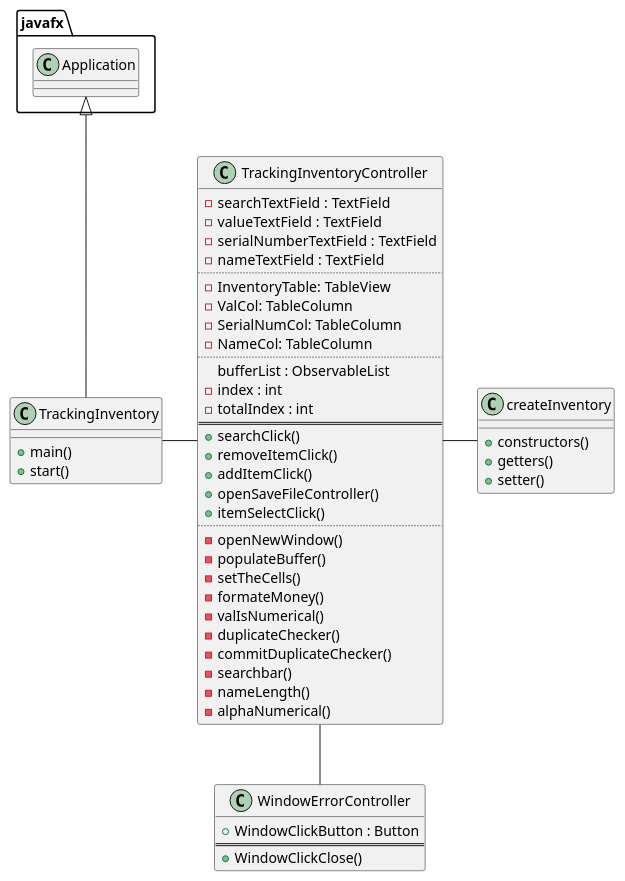
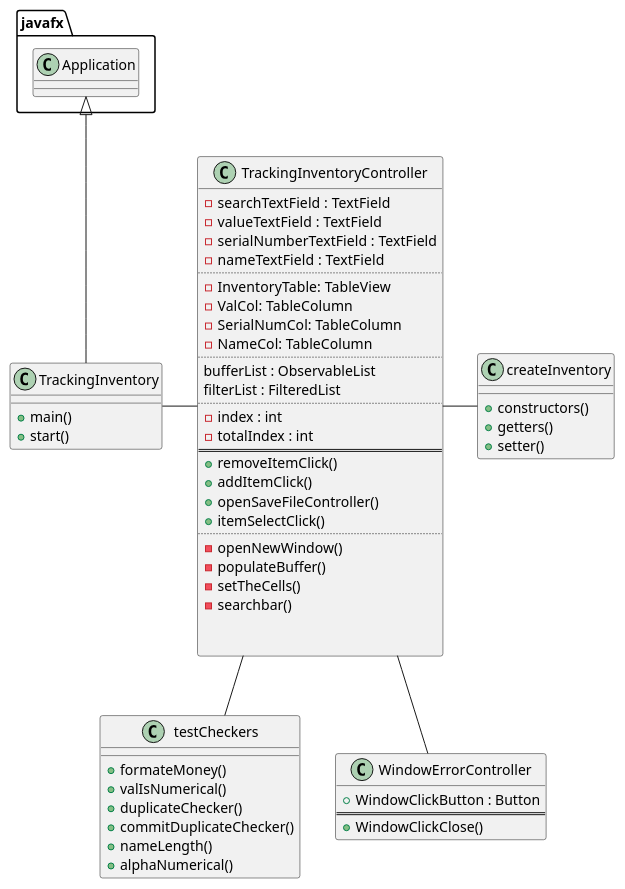
The diagram in uml/TrackingInventory.puml (fshofiquel/Item-Inventory), drawn with PlantUML before and after one commit. The commit also changed 2 other files, not shown here.

Commit message:
Moved all the testting methods to another case to clean up the controller. Updated PlantUML to reflect the change.

```diff
--- a/uml/TrackingInventory.puml
+++ b/uml/TrackingInventory.puml
@@ -1,64 +1,72 @@
 @startuml
 'https://plantuml.com/class-diagram
 
 class TrackingInventory
 {
     + main()
     + start()
 }
 
 class TrackingInventoryController
 {
     - searchTextField : TextField
     - valueTextField : TextField
     - serialNumberTextField : TextField
     - nameTextField : TextField
     ..
     - InventoryTable: TableView
     - ValCol: TableColumn
     - SerialNumCol: TableColumn
     - NameCol: TableColumn
     ..
     bufferList : ObservableList
+    filterList : FilteredList
+    ..
     - index : int
     - totalIndex : int
     ==
-    + searchClick()
     + removeItemClick()
     + addItemClick()
     + openSaveFileController()
     + itemSelectClick()
     ..
     - openNewWindow()
     - populateBuffer()
     - setTheCells()
-    - formateMoney()
-    - valIsNumerical()
-    - duplicateChecker()
-    - commitDuplicateChecker()
     - searchbar()
-    - nameLength()
-    - alphaNumerical()
+
+
+}
+
+class testCheckers
+{
+    + formateMoney()
+    + valIsNumerical()
+    + duplicateChecker()
+    + commitDuplicateChecker()
+    + nameLength()
+    + alphaNumerical()
 }
 
 class WindowErrorController
 {
     + WindowClickButton : Button
     ==
     + WindowClickClose()
 }
 
 class createInventory
 {
     + constructors()
     + getters()
     + setter()
 }
 
 javafx.Application <|-- TrackingInventory
 
 TrackingInventory - TrackingInventoryController
 TrackingInventoryController - createInventory
 TrackingInventoryController -- WindowErrorController
+TrackingInventoryController -- testCheckers
 
 @enduml
```
